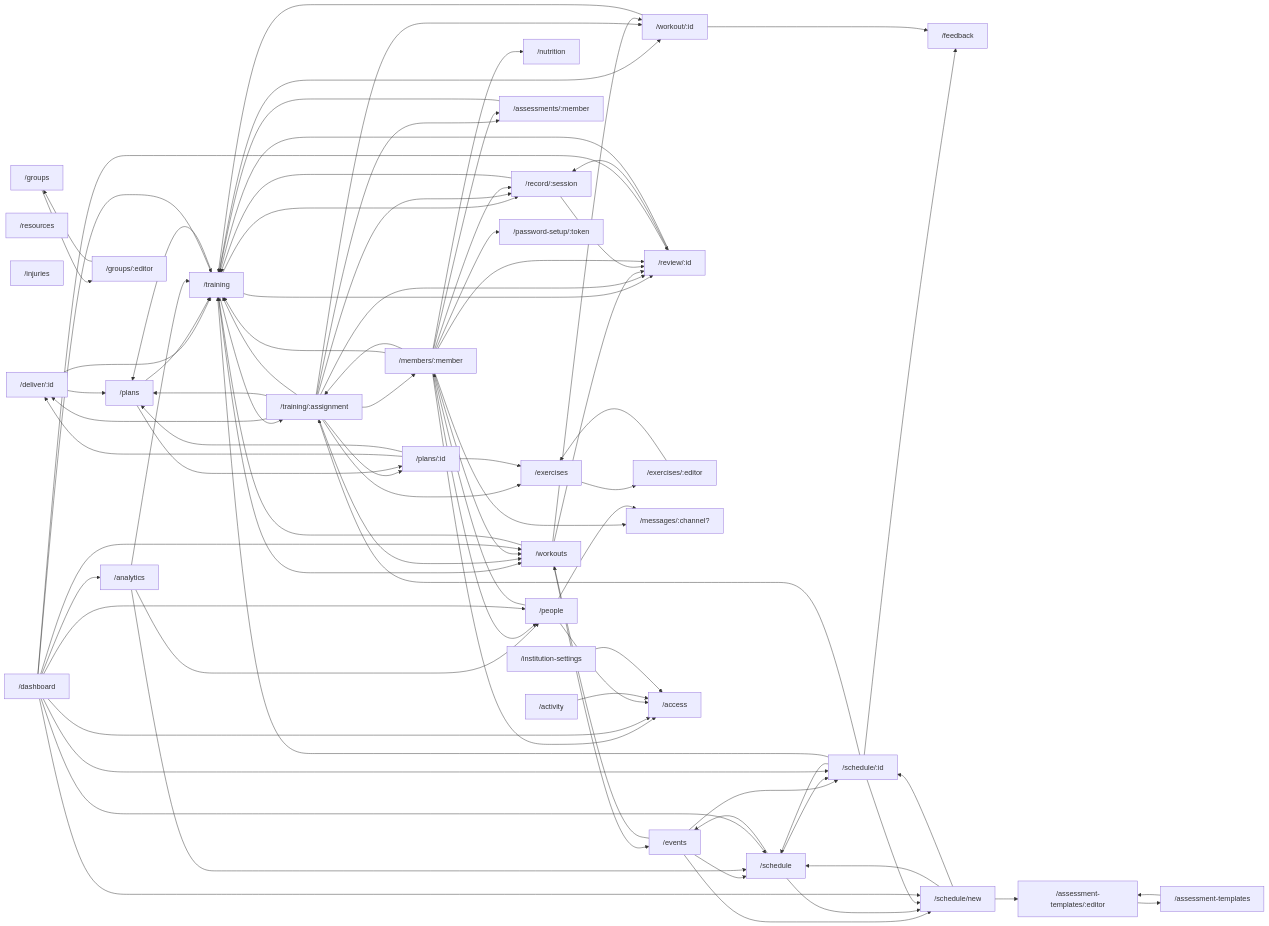
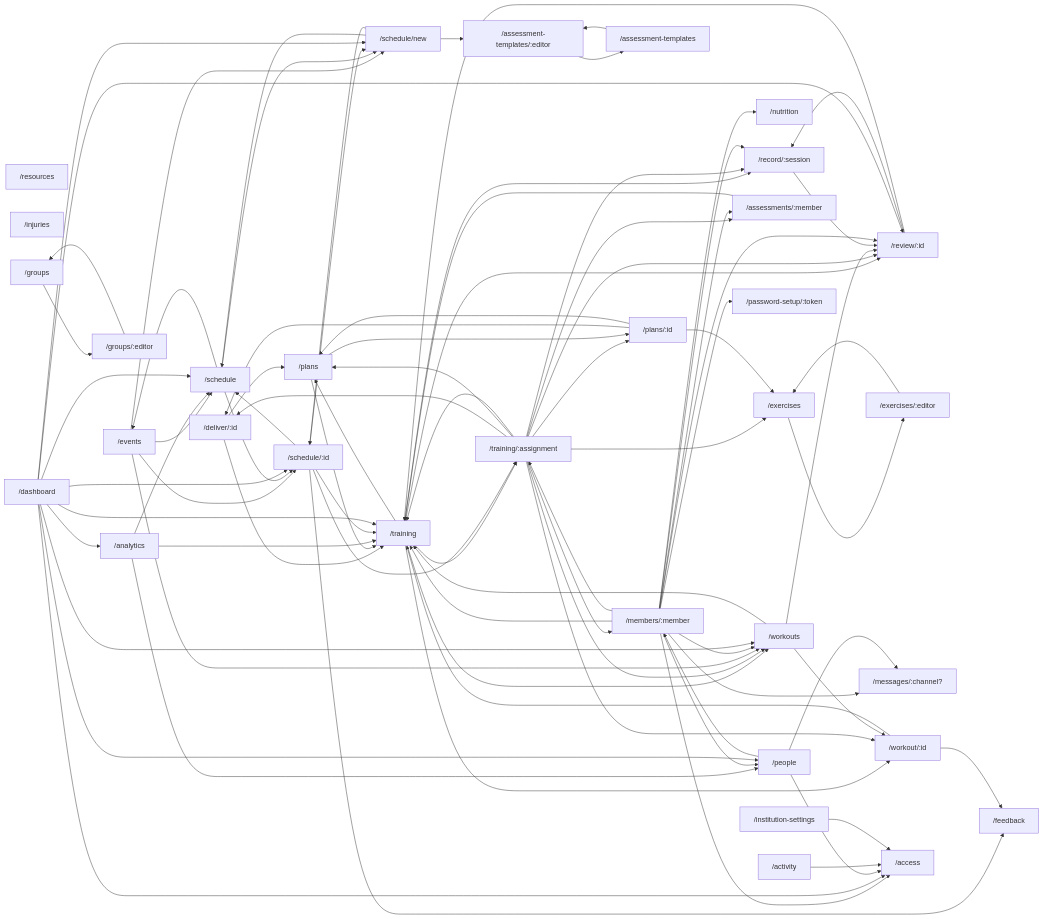
One commit to Rafik-Athlete-Managment/Rafik-OpenSource changed the second of 2 diagrams in docs/reference/frontend/navigation.md. Above: the diagram before and after it, drawn with Mermaid. The commit also changed other lines of this file and 25 other files, not shown here.

```diff
--- a/docs/reference/frontend/navigation.md
+++ b/docs/reference/frontend/navigation.md
@@ -228,7 +228,6 @@
   r4 --> r19
   r4 --> r18
   r4 --> r5
-  r5 --> r4
   r5 --> r6
   r5 --> r2
   r5 --> r37
@@ -260,7 +259,6 @@
   r22 --> r23
   r23 --> r22
   r24 --> r6
-  r24 --> r2
   r25 --> r31
   r25 --> r26
   r25 --> r16
```
